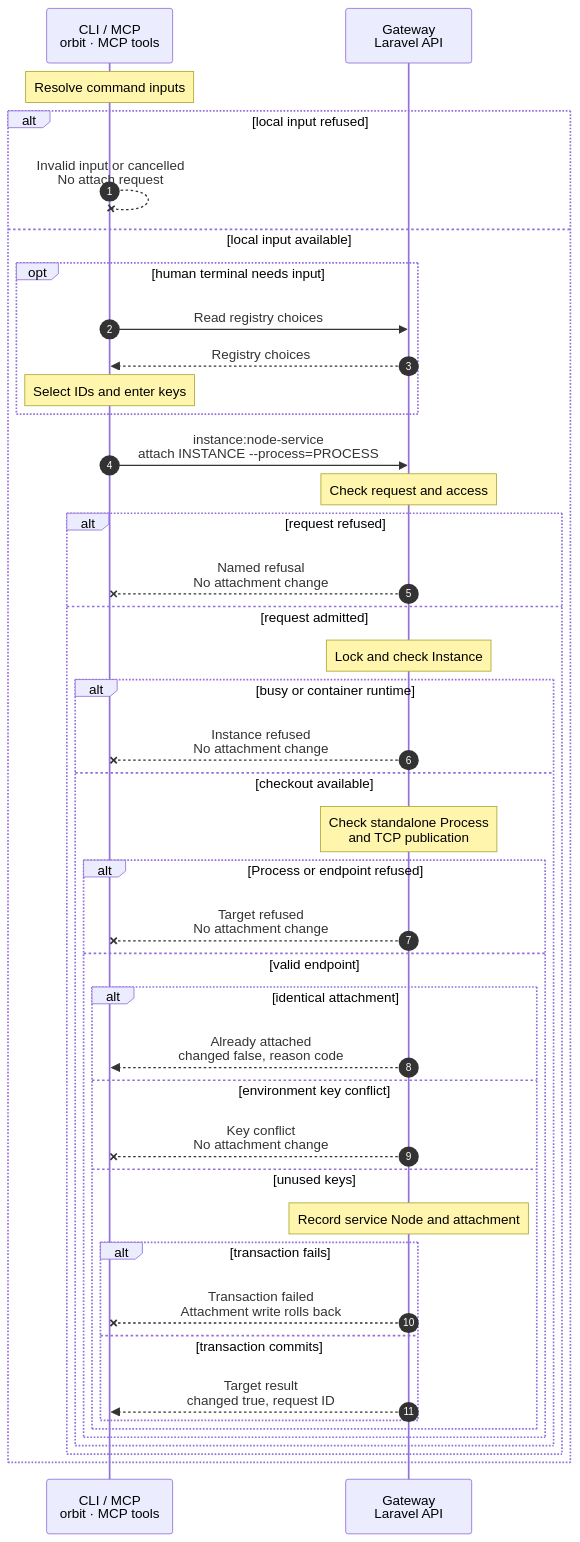
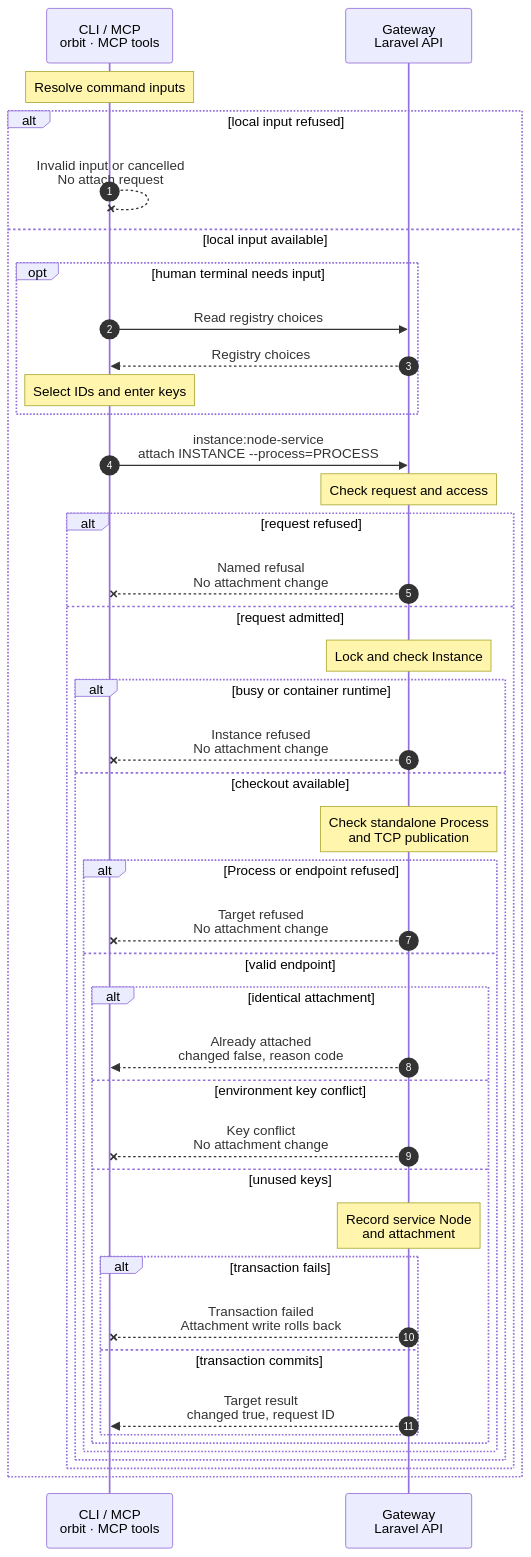
The diagram in docs/cli/instance/node-service-attach.mmd (hardimpactdev/orbit), drawn with Mermaid before and after one commit. The commit also changed 14 other files, not shown here.

```diff
--- a/docs/cli/instance/node-service-attach.mmd
+++ b/docs/cli/instance/node-service-attach.mmd
@@ -1,77 +1,77 @@
 sequenceDiagram
   %% Record-only attachment: recorded Process intent, no Node execution.
   %% status: draft
   %% command: instance:node-service:attach
   %% kind: instance.node_service_attach
   autonumber
   %% lane CLI icon=terminal pill=caller tone=gray
   %% lane GW icon=gateway pill=intent tone=blue
   participant CLI as CLI / MCP<br/>orbit · MCP tools
   participant GW as Gateway<br/>Laravel API
   Note over CLI: Resolve command inputs
   alt local input refused
     CLI--xCLI: Invalid input or cancelled<br/>No attach request
     %%> On failure:
     %%> - instance.id_invalid refuses an invalid supplied or missing noninteractive Instance ID, or an empty Instance list after the registry GET; no mutation request is sent.
     %%> - instance.node_service_process_required refuses a missing noninteractive Process ID, or an empty Node Process list after its registry GET; no mutation request is sent.
     %%> - instance.node_service_host_key_required and instance.node_service_port_key_required refuse omitted key names only in JSON or noninteractive mode.
     %%> - validation.failed refuses an invalid supplied Process ID or port, including an explicitly empty port.
     %%> - input.cancelled ends a cancelled terminal selection or text prompt before mutation.
     %%> - State stays unchanged. Invalid supplied IDs or port and missing noninteractive inputs send no request. Terminal cancellation or empty choices can follow registry reads.
   else local input available
     opt human terminal needs input
       CLI->>GW: Read registry choices
       GW-->>CLI: Registry choices
       Note over CLI: Select IDs and enter keys
       %%> When:
       %%> - Omitted IDs use registry data lists; omitted environment keys use validated text prompts. Reads may refuse without an attachment change.
     end
     CLI->>GW: instance:node-service<br/>attach INSTANCE --process=PROCESS
     %%> Command:
     %%> - orbit instance:node-service:attach INSTANCE --process=PROCESS --host-env-key=KEY --port-env-key=KEY
     %%> - syntax: instance:node-service:attach
     Note over GW: Check request and access
     %%> On failure:
     %%> - peer.identity_unknown, node_access.required or http.404 refuses the caller or numeric Instance; authority is required for both the Instance Node and selected Process Node.
     %%> - validation.failed refuses invalid body fields or environment keys.
     alt request refused
       GW--xCLI: Named refusal<br/>No attachment change
     else request admitted
       Note over GW: Lock and check Instance
       alt busy or container runtime
         GW--xCLI: Instance refused<br/>No attachment change
         %%> On failure:
         %%> - instance.lifecycle_busy refuses an inactive Instance, running migration or detach.
         %%> - instance.node_service_runtime_unsupported refuses an existing container runtime.
       else checkout available
         Note over GW: Check standalone Process<br/>and TCP publication
         %%> Why:
         %%> - Admission uses recorded ownership, desired state and Docker publication; it contacts no Node.
         alt Process or endpoint refused
           GW--xCLI: Target refused<br/>No attachment change
           %%> On failure:
           %%> - instance.node_service_process_missing and instance.node_service_process_owned refuse an unknown, non-Node or service-owned Process; remote Docker Processes are eligible.
           %%> - instance.node_service_protocol_unsupported and instance.node_service_process_stopped refuse non-TCP or desired-stopped targets.
           %%> - instance.node_service_port_required and instance.node_service_port_unpublished refuse an omitted choice among several ports or an unpublished TCP host port.
           %%> - instance.node_service_port_reserved, instance.host_unavailable and instance.node_service_listener_private refuse infrastructure ports, a missing Instance bridge, or an ineligible bind. A remote target needs exactly one TCP publication at its owner's private IPv4 WireGuard address.
         else valid endpoint
           alt identical attachment
             GW-->>CLI: Already attached<br/>changed false, reason code
             %%> When:
             %%> - The Process, port and both keys match the existing record; its stable skip reason is instance.node_service_target_unchanged.
           else environment key conflict
             GW--xCLI: Key conflict<br/>No attachment change
             %%> On failure:
             %%> - instance.node_service_environment_conflict requires detaching the old record before a correction.
           else unused keys
-            Note over GW: Record service Node and attachment
+            Note over GW: Record service Node<br/>and attachment
             alt transaction fails
               GW--xCLI: Transaction failed<br/>Attachment write rolls back
             else transaction commits
               GW-->>CLI: Target result<br/>changed true, request ID
             end
           end
         end
       end
     end
   end
```
